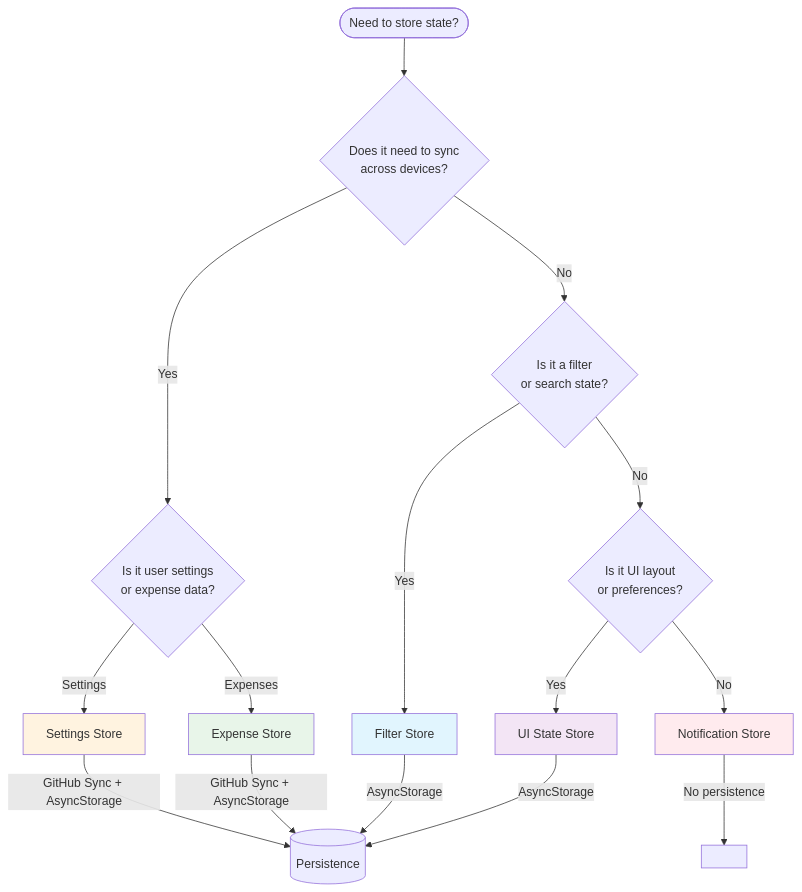
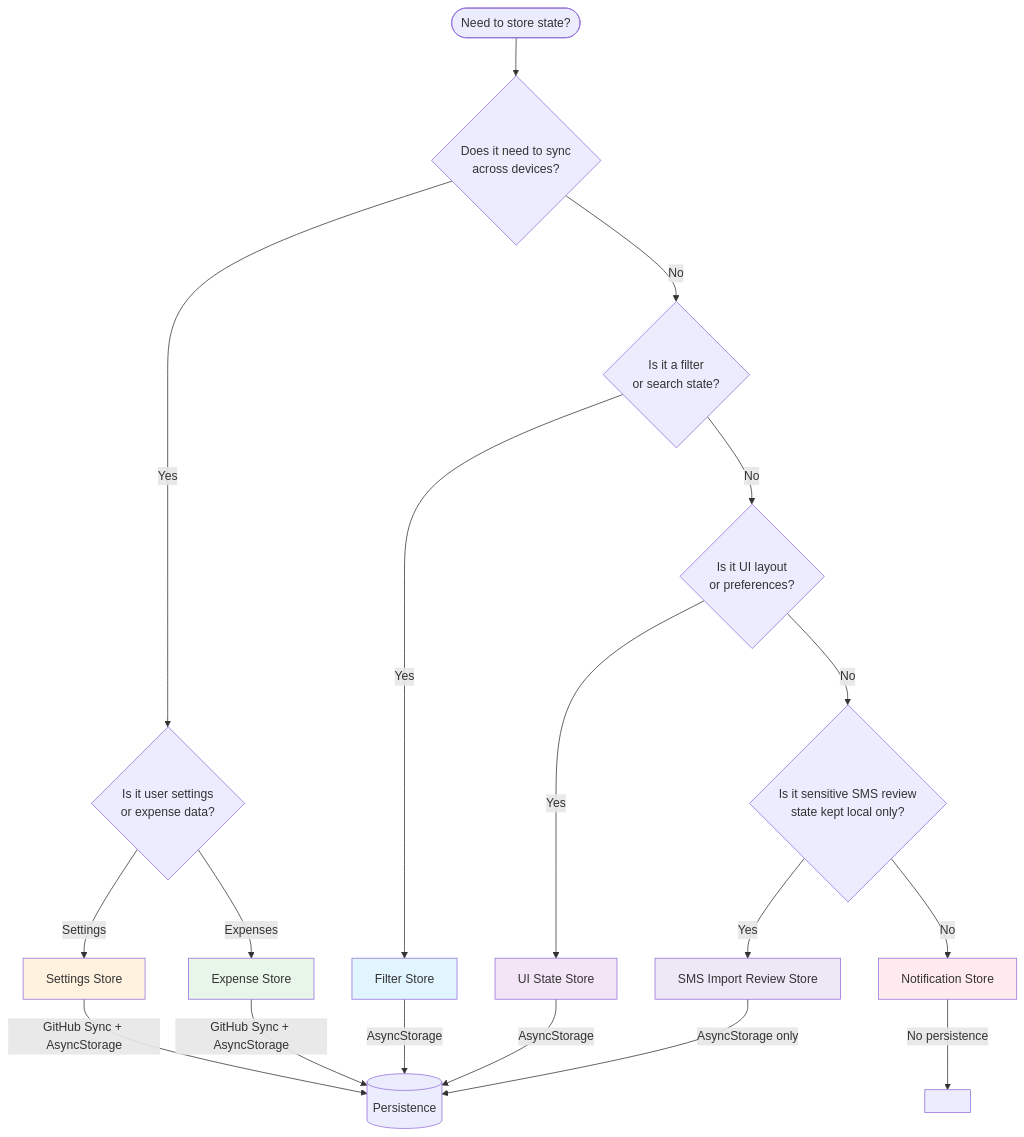
Before and after one commit to sudokoi/expense-buddy: the second of 8 diagrams in ARCHITECTURE.md, drawn with Mermaid. The commit also changed other lines of this file and 25 other files, not shown here.

First line of the commit message:
feat(sms-import): add Android review-first import flow

````diff
--- a/ARCHITECTURE.md
+++ b/ARCHITECTURE.md
@@ -59,29 +63,34 @@
 ```mermaid
 flowchart TD
     Start([Need to store state?])
 
     Start --> Q1{Does it need to sync<br/>across devices?}
     Q1 -->|Yes| Q2{Is it user settings<br/>or expense data?}
     Q1 -->|No| Q3{Is it a filter<br/>or search state?}
 
     Q2 -->|Settings| SS[Settings Store]
     Q2 -->|Expenses| ES[Expense Store]
 
     Q3 -->|Yes| FS[Filter Store]
     Q3 -->|No| Q4{Is it UI layout<br/>or preferences?}
 
     Q4 -->|Yes| UIS[UI State Store]
-    Q4 -->|No| NS[Notification Store]
+    Q4 -->|No| Q5{Is it sensitive SMS review<br/>state kept local only?}
+
+    Q5 -->|Yes| SIR[SMS Import Review Store]
+    Q5 -->|No| NS[Notification Store]
 
     SS -->|GitHub Sync + AsyncStorage| Persist[(Persistence)]
     ES -->|GitHub Sync + AsyncStorage| Persist
     FS -->|AsyncStorage| Persist
     UIS -->|AsyncStorage| Persist
+    SIR -->|AsyncStorage only| Persist
     NS -->|No persistence| NoPersist[ ]
 
     style FS fill:#e1f5fe
     style SS fill:#fff3e0
     style UIS fill:#f3e5f5
     style ES fill:#e8f5e9
     style NS fill:#ffebee
+    style SIR fill:#ede7f6
 ```
````
